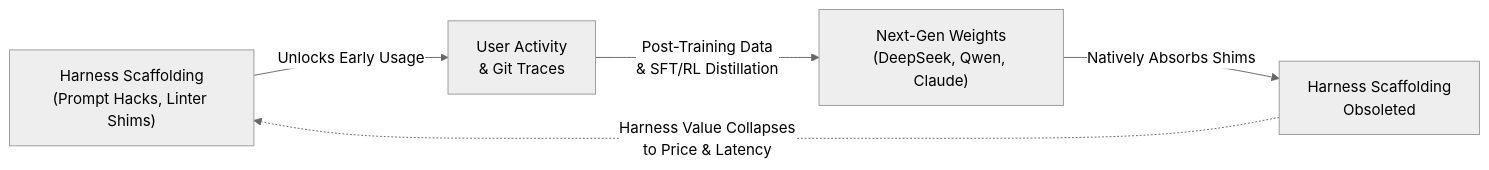
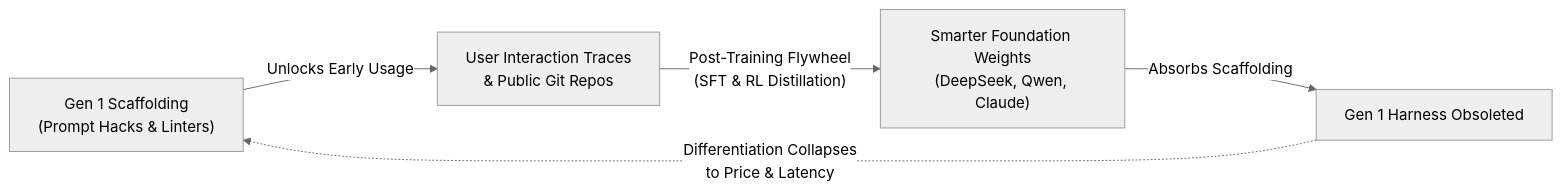
One commit to dionyziuz/proof_harness changed the first of 3 diagrams in docs/articles/beyond-coding-why-domain-expansion-saves-the-agent-harness.md. Above: the diagram before and after it, drawn with Mermaid (neutral theme). The commit also changed other lines of this file, not shown here.

Commit message:
docs: rewrite article from our own primary viewpoint as proof_harness builders

````diff
--- a/docs/articles/beyond-coding-why-domain-expansion-saves-the-agent-harness.md
+++ b/docs/articles/beyond-coding-why-domain-expansion-saves-the-agent-harness.md
@@ -17,7 +19,7 @@
 ```mermaid
 flowchart LR
-    A["Harness Scaffolding\n(Prompt Hacks, Linter Shims)"] -->|"Unlocks Early Usage"| B["User Activity\n& Git Traces"]
-    B -->|"Post-Training Data\n& SFT/RL Distillation"| C["Next-Gen Weights\n(DeepSeek, Qwen, Claude)"]
-    C -->|"Natively Absorbs Shims"| D["Harness Scaffolding\nObsoleted"]
-    D -.->|"Harness Value Collapses\nto Price & Latency"| A
+    A["Gen 1 Scaffolding\n(Prompt Hacks & Linters)"] -->|"Unlocks Early Usage"| B["User Interaction Traces\n& Public Git Repos"]
+    B -->|"Post-Training Flywheel\n(SFT & RL Distillation)"| C["Smarter Foundation Weights\n(DeepSeek, Qwen, Claude)"]
+    C -->|"Absorbs Scaffolding"| D["Gen 1 Harness Obsoleted"]
+    D -.->|"Differentiation Collapses\nto Price & Latency"| A
 ```
````
